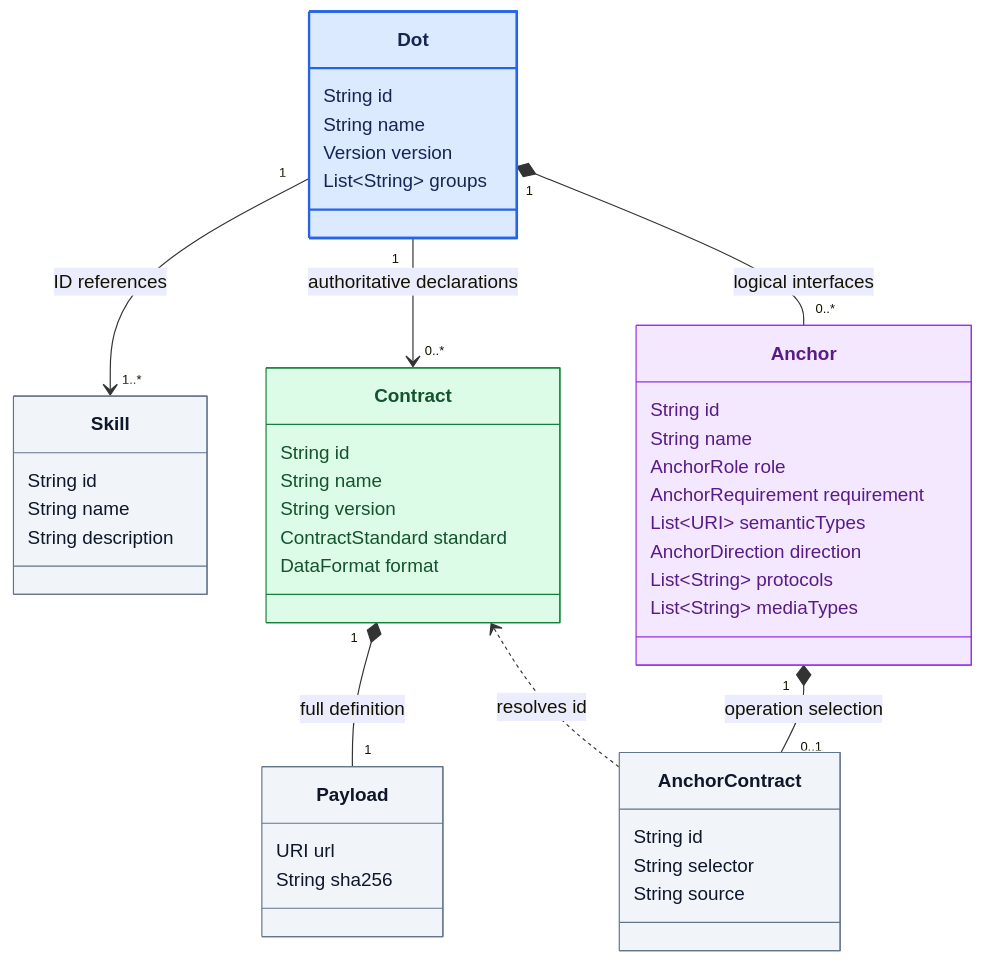
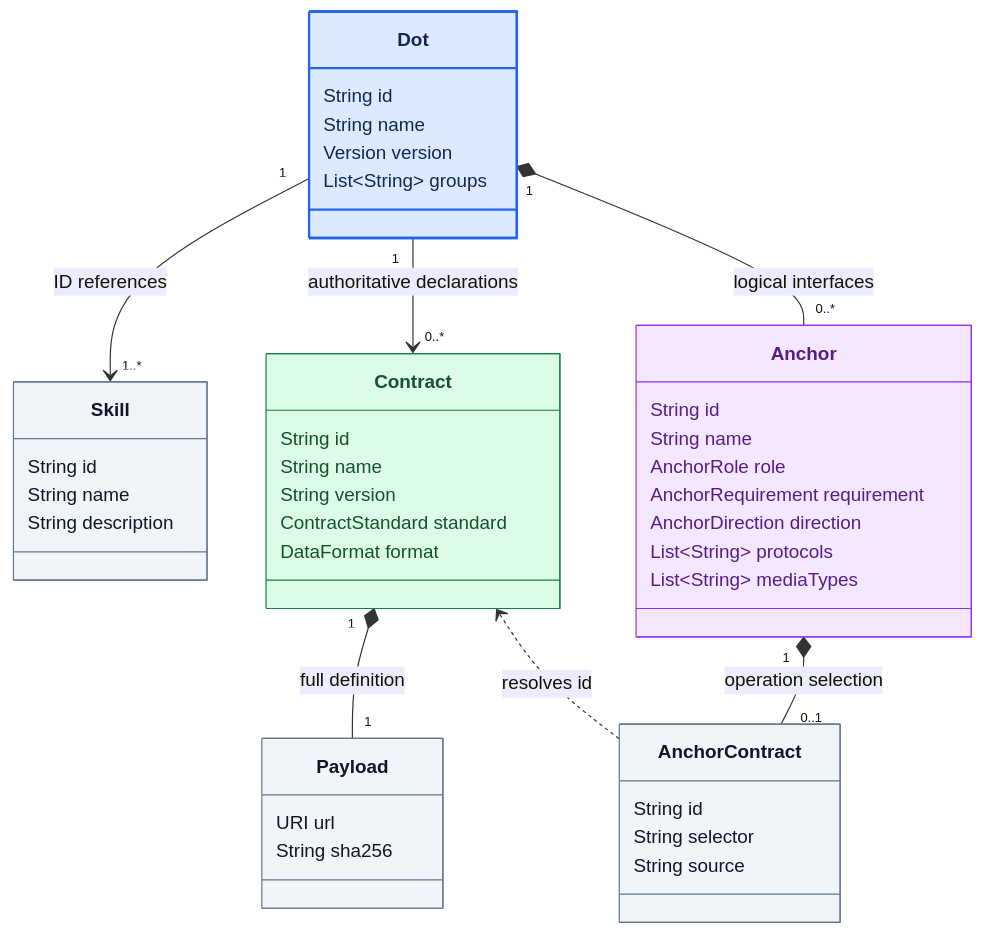
Before and after one commit to MARE-EU-Project/DOT-Docs: the diagram in DOT-Design/next/dot-design/_attachments/diagrams/domain-interfaces.mmd, drawn with Mermaid. The commit also changed 29 other files, not shown here.

```diff
--- a/DOT-Design/next/dot-design/_attachments/diagrams/domain-interfaces.mmd
+++ b/DOT-Design/next/dot-design/_attachments/diagrams/domain-interfaces.mmd
@@ -1,56 +1,55 @@
 classDiagram
   direction TB
   accTitle: DOT identity and interoperable interfaces
   accDescr: A DOT references Skills, declares Contracts, and owns Anchors. Complete Contracts use HTTPS payloads pinned by SHA-256. Contract-backed Anchors select operations by Contract ID and selector.
 
   class Dot {
     String id
     String name
     Version version
     List~String~ groups
   }
   class Skill {
     String id
     String name
     String description
   }
   class Contract {
     String id
     String name
     String version
     ContractStandard standard
     DataFormat format
   }
   class Payload {
     URI url
     String sha256
   }
   class Anchor {
     String id
     String name
     AnchorRole role
     AnchorRequirement requirement
-    List~URI~ semanticTypes
     AnchorDirection direction
     List~String~ protocols
     List~String~ mediaTypes
   }
   class AnchorContract {
     String id
     String selector
     String source
   }
 
   Dot "1" --> "1..*" Skill : ID references
   Dot "1" --> "0..*" Contract : authoritative declarations
   Dot "1" *-- "0..*" Anchor : logical interfaces
   Contract "1" *-- "1" Payload : full definition
   Anchor "1" *-- "0..1" AnchorContract : operation selection
   Contract <.. AnchorContract : resolves id
 
   style Dot fill:#dbeafe,stroke:#2563eb,color:#172554,stroke-width:2px
   style Skill fill:#f1f5f9,stroke:#64748b,color:#0f172a
   style Payload fill:#f1f5f9,stroke:#64748b,color:#0f172a
   style AnchorContract fill:#f1f5f9,stroke:#64748b,color:#0f172a
   style Contract fill:#dcfce7,stroke:#15803d,color:#14532d
   style Anchor fill:#f3e8ff,stroke:#9333ea,color:#581c87
```
